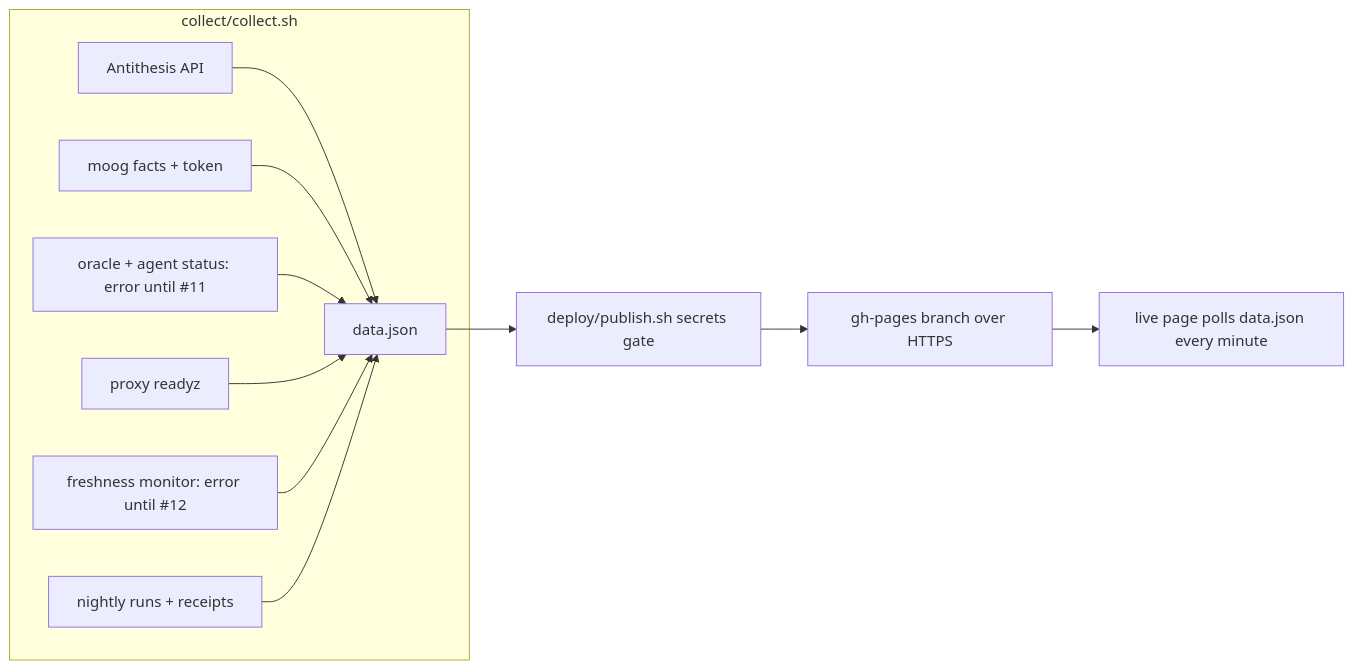
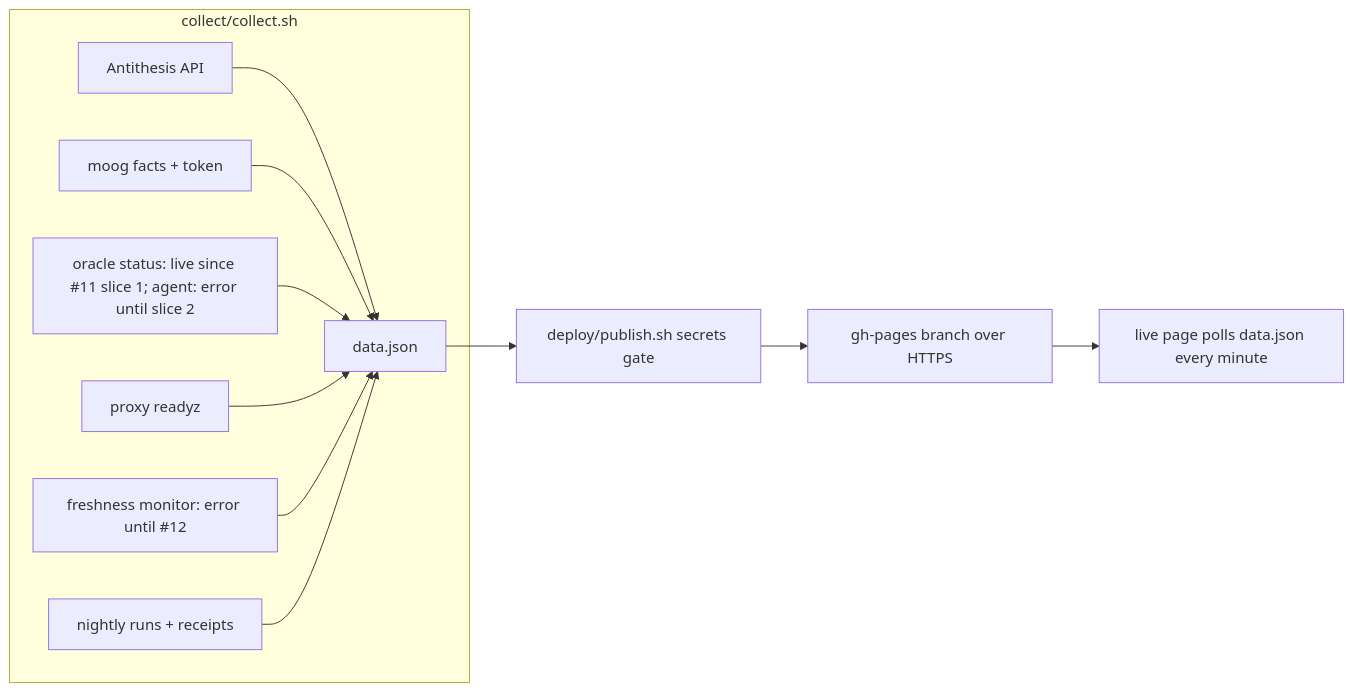
The diagram in README.md (lambdasistemi/moog-antithesis-dashboard), drawn with Mermaid before and after one commit. The commit also changed other lines of this file and 11 other files, not shown here.

Commit message:
feat: the oracle reports its status through a GitHub issue

````diff
--- a/README.md
+++ b/README.md
@@ -29,14 +29,14 @@
 ```mermaid
 flowchart LR
     subgraph collect [collect/collect.sh]
         A[Antithesis API] --> J[data.json]
         B[moog facts + token] --> J
-        C[oracle + agent status: error until #11] --> J
+        C[oracle status: live since #11 slice 1; agent: error until slice 2] --> J
         D[proxy readyz] --> J
         E[freshness monitor: error until #12] --> J
         F[nightly runs + receipts] --> J
     end
     J --> K[deploy/publish.sh secrets gate]
     K --> L[gh-pages branch over HTTPS]
     L --> M[live page polls data.json every minute]
 ```
````
